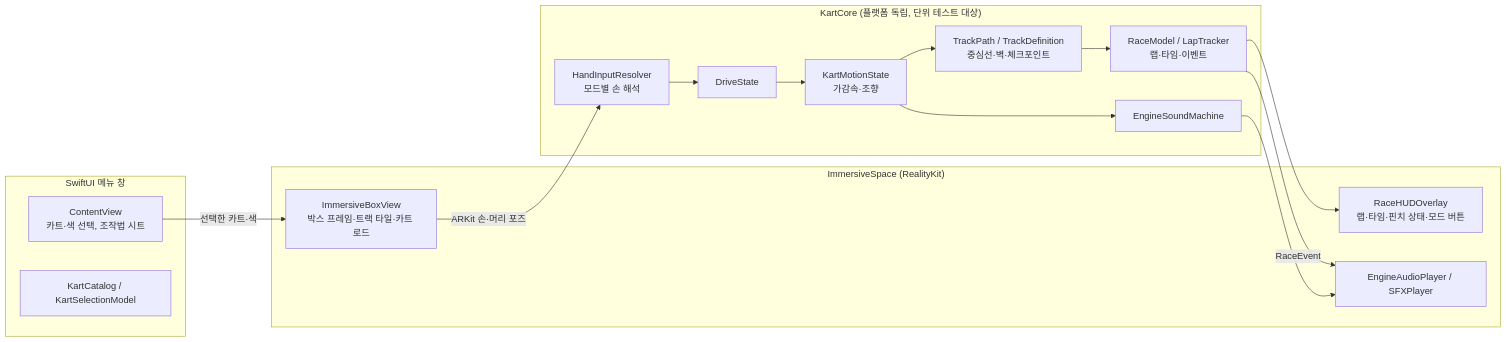
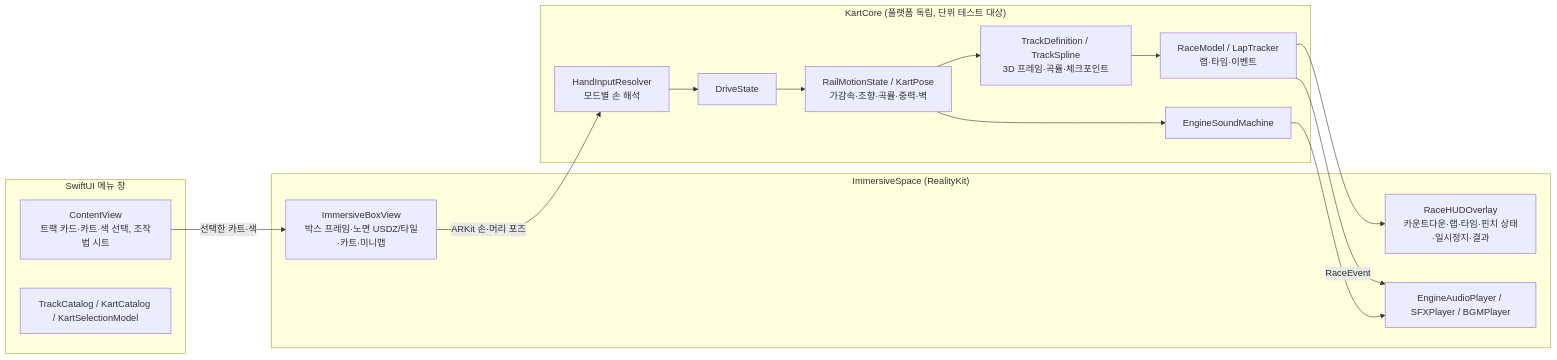
The first of 4 diagrams in README.md (kimminung/KartSimulator), drawn with Mermaid before and after one commit. The commit also changed other lines of this file, not shown here.

Commit message:
README 완성: 현재 단계·서킷 3종 주행 요령·사용법(트랙 선택·카운트다운·일시정지·결과)·구조도 레일 주행 반영·마일스톤 갱신

````diff
--- a/README.md
+++ b/README.md
@@ -178,30 +192,30 @@
 ```mermaid
 flowchart LR
     subgraph UI["SwiftUI 메뉴 창"]
-        CV[ContentView<br/>카트·색 선택, 조작법 시트]
-        KC[KartCatalog / KartSelectionModel]
+        CV[ContentView<br/>트랙 카드·카트·색 선택, 조작법 시트]
+        KC[TrackCatalog / KartCatalog / KartSelectionModel]
     end
 
     subgraph Space["ImmersiveSpace (RealityKit)"]
-        IBV[ImmersiveBoxView<br/>박스 프레임·트랙 타일·카트 로드]
-        HUD[RaceHUDOverlay<br/>랩·타임·핀치 상태·모드 버튼]
-        AUDIO[EngineAudioPlayer / SFXPlayer]
+        IBV[ImmersiveBoxView<br/>박스 프레임·노면 USDZ/타일·카트·미니맵]
+        HUD[RaceHUDOverlay<br/>카운트다운·랩·타임·핀치 상태·일시정지·결과]
+        AUDIO[EngineAudioPlayer / SFXPlayer / BGMPlayer]
     end
 
     subgraph Core["KartCore (플랫폼 독립, 단위 테스트 대상)"]
         HIR[HandInputResolver<br/>모드별 손 해석]
         DS[DriveState]
-        KMS[KartMotionState<br/>가감속·조향]
-        TP[TrackPath / TrackDefinition<br/>중심선·벽·체크포인트]
+        KMS[RailMotionState / KartPose<br/>가감속·조향·곡률·중력·벽]
+        TP[TrackDefinition / TrackSpline<br/>3D 프레임·곡률·체크포인트]
         RM[RaceModel / LapTracker<br/>랩·타임·이벤트]
         ESM[EngineSoundMachine]
     end
 
     CV -->|선택한 카트·색| IBV
     IBV -->|ARKit 손·머리 포즈| HIR
     HIR --> DS --> KMS
     KMS --> TP --> RM
     RM --> HUD
     RM -->|RaceEvent| AUDIO
     KMS --> ESM --> AUDIO
 ```
````
